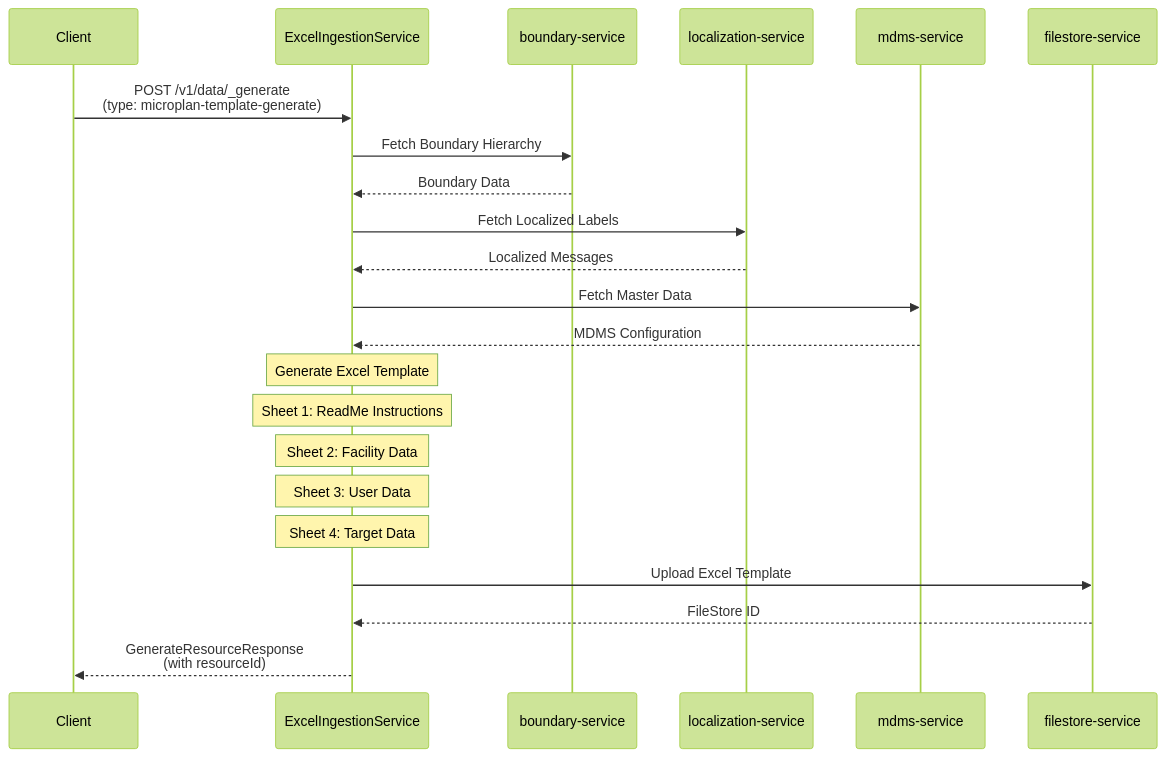
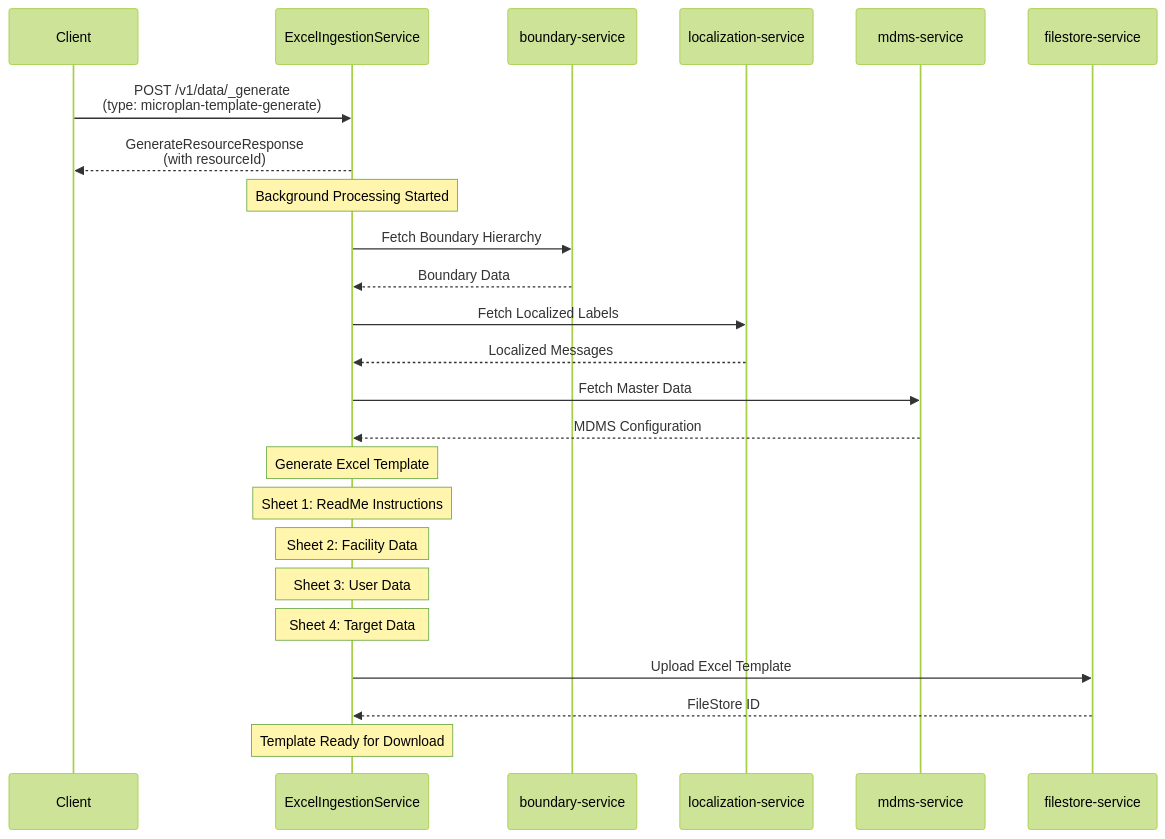
Before and after one commit to ashish-egov/campaign-whole-sheet-ingestion: the first of 3 diagrams in tempDesign.md, drawn with Mermaid (forest theme). The commit also changed other lines of this file, not shown here.

````diff
--- a/tempDesign.md
+++ b/tempDesign.md
@@ -8,31 +8,35 @@
 ```mermaid
 sequenceDiagram
     participant Client
     participant ExcelIngestionService
     participant boundary-service
     participant localization-service
     participant mdms-service
     participant filestore-service
     
     Client->>ExcelIngestionService: POST /v1/data/_generate<br/>(type: microplan-template-generate)
+    
+    ExcelIngestionService-->>Client: GenerateResourceResponse<br/>(with resourceId)
+    
+    Note over ExcelIngestionService: Background Processing Started
     
     ExcelIngestionService->>boundary-service: Fetch Boundary Hierarchy
     boundary-service-->>ExcelIngestionService: Boundary Data
     
     ExcelIngestionService->>localization-service: Fetch Localized Labels
     localization-service-->>ExcelIngestionService: Localized Messages
     
     ExcelIngestionService->>mdms-service: Fetch Master Data
     mdms-service-->>ExcelIngestionService: MDMS Configuration
     
     Note over ExcelIngestionService: Generate Excel Template
     Note over ExcelIngestionService: Sheet 1: ReadMe Instructions
     Note over ExcelIngestionService: Sheet 2: Facility Data
     Note over ExcelIngestionService: Sheet 3: User Data  
     Note over ExcelIngestionService: Sheet 4: Target Data
     
     ExcelIngestionService->>filestore-service: Upload Excel Template
     filestore-service-->>ExcelIngestionService: FileStore ID
     
-    ExcelIngestionService-->>Client: GenerateResourceResponse<br/>(with resourceId)
+    Note over ExcelIngestionService: Template Ready for Download
 ```
````
